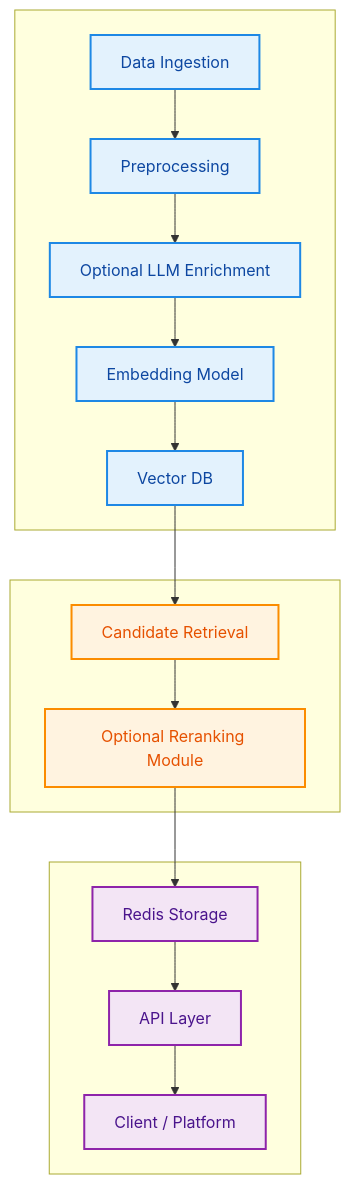
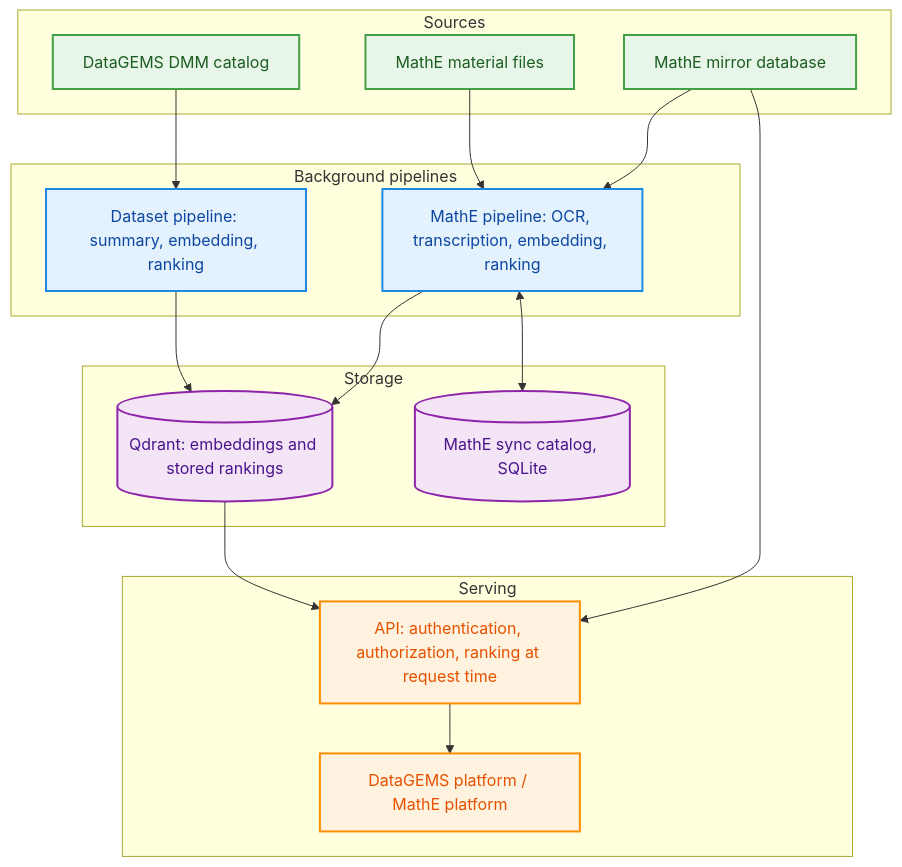
Before and after one commit to datagems-eosc/dataset-recsys: the diagram in docs/source/architecture.md, drawn with Mermaid. The commit also changed other lines of this file and 5 other files, not shown here.

First line of the commit message:
docs: describe the architecture, methods and workflows after the Qdrant migration

````diff
--- a/docs/source/architecture.md
+++ b/docs/source/architecture.md
@@ -7,39 +16,45 @@
 ```mermaid
-%%{init: {'flowchart': {'nodeSpacing': 22, 'rankSpacing': 22, 'curve': 'linear'}, 'themeVariables': {'fontSize': '12px', 'lineColor': '#9E9E9E', 'edgeLabelBackground':'#ffffff', 'primaryBorderColor':'#BDBDBD', 'clusterBorder':'#E0E0E0', 'lineWidth':'0\.9px'}}}%%
+%%{init: {'flowchart': {'nodeSpacing': 22, 'rankSpacing': 26, 'curve': 'linear'}, 'themeVariables': {'fontSize': '12px', 'lineColor': '#9E9E9E', 'edgeLabelBackground':'#ffffff', 'primaryBorderColor':'#BDBDBD', 'clusterBorder':'#E0E0E0', 'lineWidth':'0\.9px'}}}%%
 flowchart TB
 
-
-    %% Representation Pipeline
-    subgraph Representation[ ]
-        A[Data Ingestion] --> B[Preprocessing]
-        B --> E[Optional LLM Enrichment]
-        E --> C[Embedding Model]
-        C --> D[Vector DB]
+    subgraph Sources[Sources]
+        S1[DataGEMS DMM catalog]
+        S2[MathE material files]
+        S3[MathE mirror database]
     end
 
-
-    %% Retrieval
-    subgraph Retrieval[ ]
-        D --> F[Candidate Retrieval]
-        F --> G[Optional Reranking Module]
+    subgraph Pipelines[Background pipelines]
+        P1["Dataset pipeline: summary, embedding, ranking"]
+        P2["MathE pipeline: OCR, transcription, embedding, ranking"]
     end
 
-
-    %% Serving
-    subgraph Serving[ ]
-        G --> I[Redis Storage]
-        I --> J[API Layer]
-        J --> K[Client / Platform]
+    subgraph Store[Storage]
+        Q[(Qdrant: embeddings and stored rankings)]
+        C[(MathE sync catalog, SQLite)]
     end
 
-    %% Styling
-    classDef update fill:#E3F2FD,stroke:#1E88E5,stroke-width:2px,color:#0D47A1;
-    classDef retrieval fill:#FFF3E0,stroke:#FB8C00,stroke-width:2px,color:#E65100;
-    classDef serving fill:#F3E5F5,stroke:#8E24AA,stroke-width:2px,color:#4A148C;
-    classDef header fill:#FFFFFF,stroke:#BDBDBD,stroke-width:1.5px,color:#333333;
+    subgraph Serving[Serving]
+        A["API: authentication, authorization, ranking at request time"]
+        U["DataGEMS platform / MathE platform"]
+    end
 
-    class A,B,C,D,E update;
-    class F,G retrieval;
-    class I,J,K serving;
+    S1 --> P1
+    S2 --> P2
+    S3 --> P2
+    P2 <--> C
+    P1 --> Q
+    P2 --> Q
+    Q --> A
+    S3 --> A
+    A --> U
 
+    classDef source fill:#E8F5E9,stroke:#43A047,stroke-width:2px,color:#1B5E20;
+    classDef pipeline fill:#E3F2FD,stroke:#1E88E5,stroke-width:2px,color:#0D47A1;
+    classDef storage fill:#F3E5F5,stroke:#8E24AA,stroke-width:2px,color:#4A148C;
+    classDef serving fill:#FFF3E0,stroke:#FB8C00,stroke-width:2px,color:#E65100;
+
+    class S1,S2,S3 source;
+    class P1,P2 pipeline;
+    class Q,C storage;
+    class A,U serving;
 ```
````
